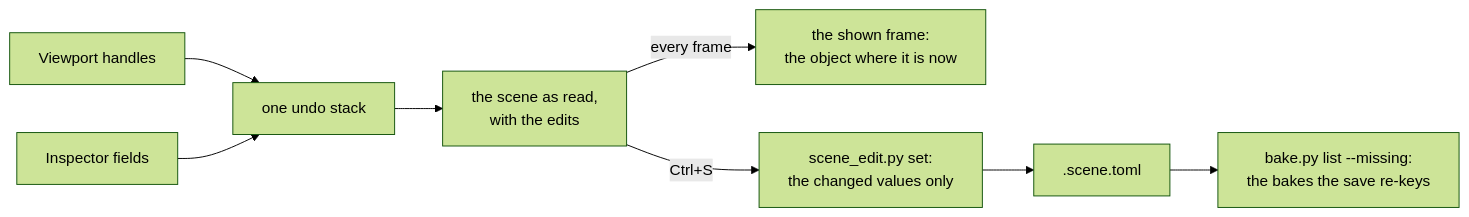
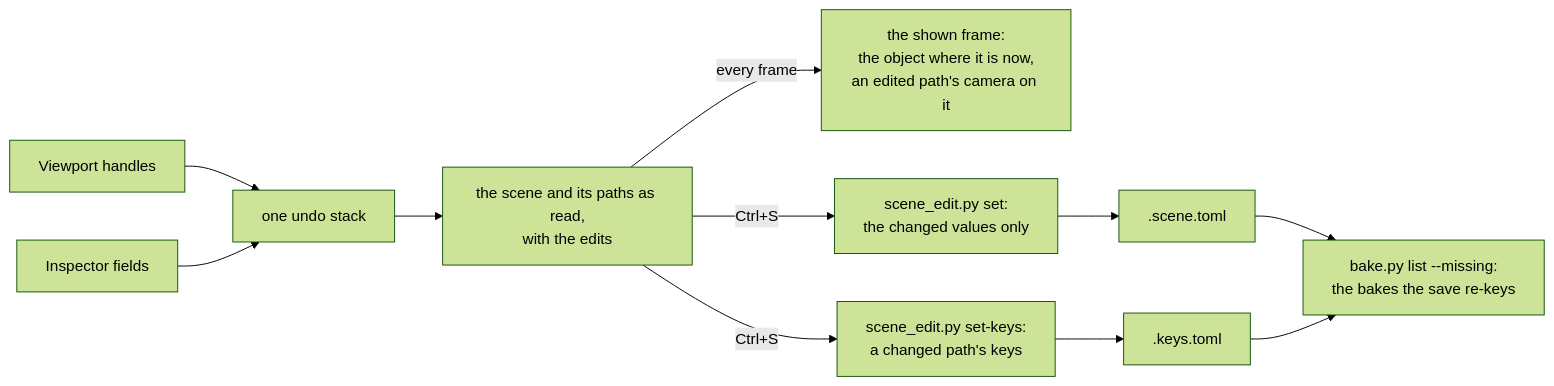
One commit to jose-villegas/loupe changed the second of 2 diagrams in README.md. Above: the diagram before and after it, drawn with Mermaid (forest theme). The commit also changed other lines of this file and 24 other files, not shown here.

First line of the commit message:
Editor E2: review round 1: stable key ids, one scene_edit owner, one engine-frame mirror

````diff
--- a/README.md
+++ b/README.md
@@ -151,10 +151,13 @@
 ```mermaid
 flowchart LR
   H["Viewport handles"] --> U["one undo stack"]
   I["Inspector fields"] --> U
-  U --> D["the scene as read,<br/>with the edits"]
-  D -- "every frame" --> F["the shown frame:<br/>the object where it is now"]
+  U --> D["the scene and its paths as read,<br/>with the edits"]
+  D -- "every frame" --> F["the shown frame:<br/>the object where it is now,<br/>an edited path's camera on it"]
   D -- "Ctrl+S" --> S["scene_edit.py set:<br/>the changed values only"]
+  D -- "Ctrl+S" --> K["scene_edit.py set-keys:<br/>a changed path's keys"]
   S --> T[".scene.toml"]
+  K --> KT[".keys.toml"]
   T --> B["bake.py list --missing:<br/>the bakes the save re-keys"]
+  KT --> B
 ```
````
